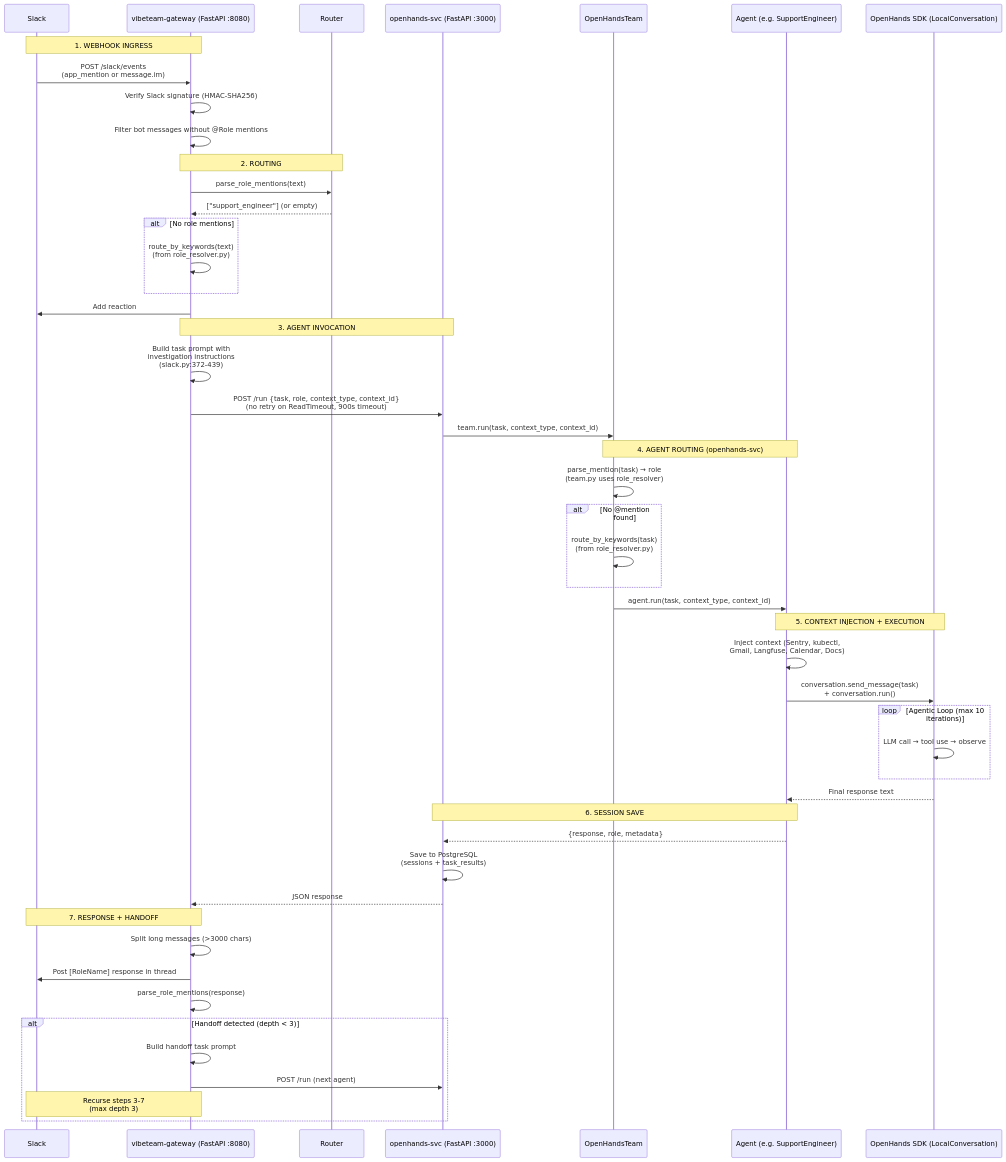
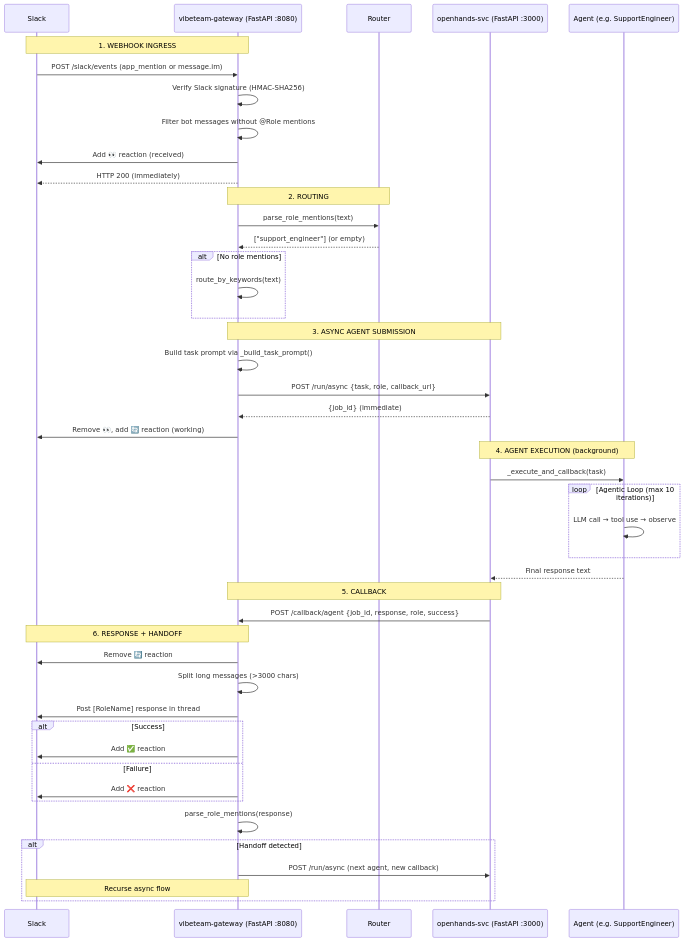
One commit to VibeTechnologies/VibeTeam changed the diagram in plan.md. Above: the diagram before and after it, drawn with Mermaid. The commit also changed other lines of this file and 3 other files, not shown here.

First line of the commit message:
feat: add CALLBACK_SECRET authentication for /callback/agent endpoint

````diff
--- a/plan.md
+++ b/plan.md
@@ -32,58 +32,53 @@
 ```mermaid
 sequenceDiagram
     participant Slack
     participant GW as vibeteam-gateway (FastAPI :8080)
     participant Router as Router
     participant OH as openhands-svc (FastAPI :3000)
-    participant Team as OpenHandsTeam
     participant Agent as Agent (e.g. SupportEngineer)
-    participant SDK as OpenHands SDK (LocalConversation)
 
     Note over Slack,GW: 1. WEBHOOK INGRESS
-    Slack->>GW: POST /slack/events<br/>(app_mention or message.im)
+    Slack->>GW: POST /slack/events (app_mention or message.im)
     GW->>GW: Verify Slack signature (HMAC-SHA256)
     GW->>GW: Filter bot messages without @Role mentions
+    GW->>Slack: Add 👀 reaction (received)
+    GW-->>Slack: HTTP 200 (immediately)
 
     Note over GW,Router: 2. ROUTING
     GW->>Router: parse_role_mentions(text)
     Router-->>GW: ["support_engineer"] (or empty)
     alt No role mentions
-        GW->>GW: route_by_keywords(text)<br/>(from role_resolver.py)
+        GW->>GW: route_by_keywords(text)
     end
-    GW->>Slack: Add reaction
 
-    Note over GW,OH: 3. AGENT INVOCATION
-    GW->>GW: Build task prompt with<br/>investigation instructions<br/>(slack.py:372-439)
-    GW->>OH: POST /run {task, role, context_type, context_id}<br/>(no retry on ReadTimeout, 900s timeout)
-    OH->>Team: team.run(task, context_type, context_id)
+    Note over GW,OH: 3. ASYNC AGENT SUBMISSION
+    GW->>GW: Build task prompt via _build_task_prompt()
+    GW->>OH: POST /run/async {task, role, callback_url}
+    OH-->>GW: {job_id} (immediate)
+    GW->>Slack: Remove 👀, add 🔄 reaction (working)
 
-    Note over Team,Agent: 4. AGENT ROUTING (openhands-svc)
-    Team->>Team: parse_mention(task) → role<br/>(team.py uses role_resolver)
-    alt No @mention found
-        Team->>Team: route_by_keywords(task)<br/>(from role_resolver.py)
+    Note over OH,Agent: 4. AGENT EXECUTION (background)
+    OH->>Agent: _execute_and_callback(task)
+    loop Agentic Loop (max 10 iterations)
+        Agent->>Agent: LLM call → tool use → observe
     end
-    Team->>Agent: agent.run(task, context_type, context_id)
+    Agent-->>OH: Final response text
 
-    Note over Agent,SDK: 5. CONTEXT INJECTION + EXECUTION
-    Agent->>Agent: Inject context (Sentry, kubectl,<br/>Gmail, Langfuse, Calendar, Docs)
-    Agent->>SDK: conversation.send_message(task)<br/>+ conversation.run()
-    loop Agentic Loop (max 10 iterations)
-        SDK->>SDK: LLM call → tool use → observe
-    end
-    SDK-->>Agent: Final response text
+    Note over OH,GW: 5. CALLBACK
+    OH->>GW: POST /callback/agent {job_id, response, role, success}
 
-    Note over Agent,OH: 6. SESSION SAVE
-    Agent-->>OH: {response, role, metadata}
-    OH->>OH: Save to PostgreSQL<br/>(sessions + task_results)
-    OH-->>GW: JSON response
-
-    Note over GW,Slack: 7. RESPONSE + HANDOFF
+    Note over GW,Slack: 6. RESPONSE + HANDOFF
+    GW->>Slack: Remove 🔄 reaction
     GW->>GW: Split long messages (>3000 chars)
     GW->>Slack: Post [RoleName] response in thread
+    alt Success
+        GW->>Slack: Add ✅ reaction
+    else Failure
+        GW->>Slack: Add ❌ reaction
+    end
     GW->>GW: parse_role_mentions(response)
-    alt Handoff detected (depth < 3)
-        GW->>GW: Build handoff task prompt
-        GW->>OH: POST /run (next agent)
-        Note over GW,Slack: Recurse steps 3-7<br/>(max depth 3)
+    alt Handoff detected
+        GW->>OH: POST /run/async (next agent, new callback)
+        Note over GW,Slack: Recurse async flow
     end
 ```
````
